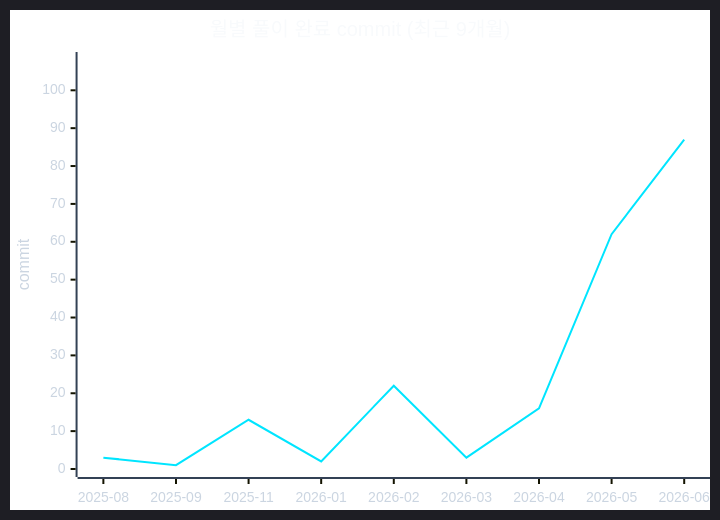
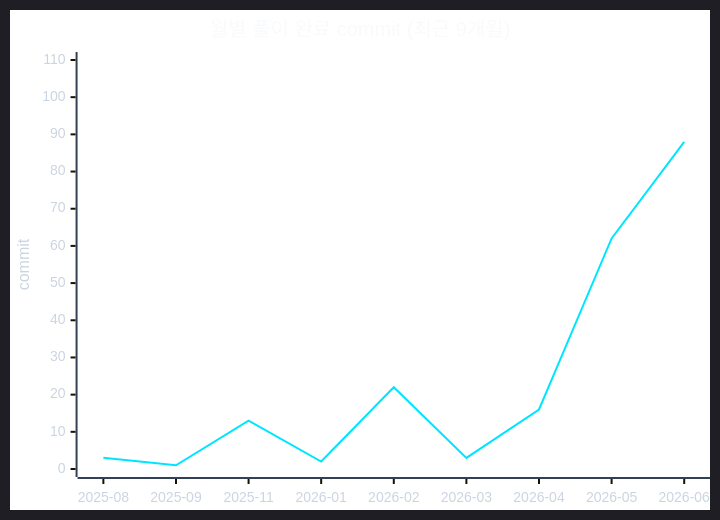
Before and after one commit to CHOOSLA/Algorithm: the second of 2 diagrams in readme.md, drawn with Mermaid. The commit also changed 1 other file, not shown here.

Commit message:
[Passed] 등차수열 (148ms, 10MB)

````diff
--- a/readme.md
+++ b/readme.md
@@ -71,22 +71,22 @@
 ```mermaid
 ---
 config:
   theme: dark
   themeVariables:
     background: '#0d1117'
     xyChart:
       titleColor: '#f8fafc'
       xAxisLabelColor: '#cbd5e1'
       xAxisTitleColor: '#cbd5e1'
       xAxisLineColor: '#334155'
       yAxisLabelColor: '#cbd5e1'
       yAxisTitleColor: '#cbd5e1'
       yAxisLineColor: '#334155'
       plotColorPalette: '#00e5ff'
 ---
 xychart-beta
   title "월별 풀이 완료 commit (최근 9개월)"
   x-axis ["2025-08", "2025-09", "2025-11", "2026-01", "2026-02", "2026-03", "2026-04", "2026-05", "2026-06"]
-  y-axis "commit" 0 --> 108
-  line [3, 1, 13, 2, 22, 3, 16, 62, 87]
+  y-axis "commit" 0 --> 110
+  line [3, 1, 13, 2, 22, 3, 16, 62, 88]
 ```
````
